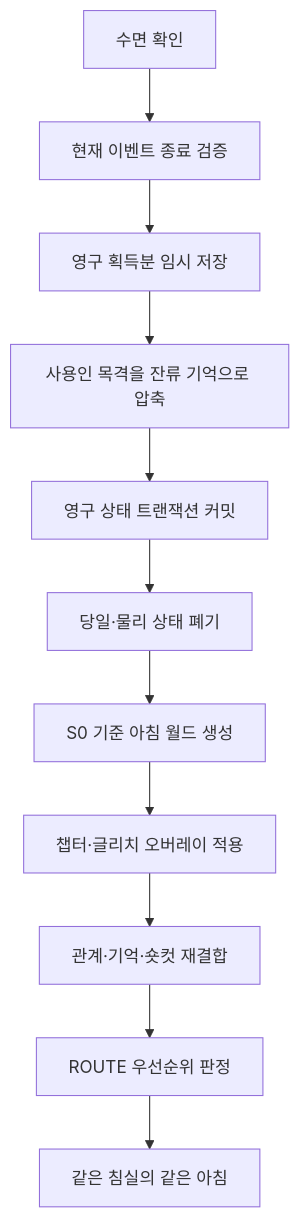
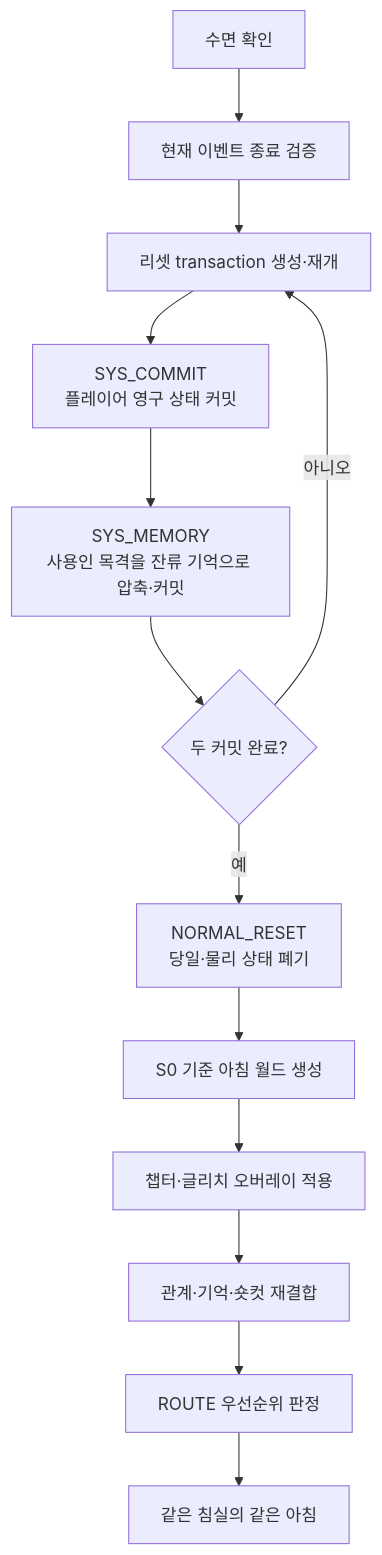
The second of 3 diagrams in ideas/md/v04/02_루프_관계_기억_색상서명시스템.md (devb-eru/ggb), drawn with Mermaid before and after one commit. The commit also changed other lines of this file and 13 other files, not shown here.

````diff
--- a/ideas/md/v04/02_루프_관계_기억_색상서명시스템.md
+++ b/ideas/md/v04/02_루프_관계_기억_색상서명시스템.md
@@ -230,13 +233,15 @@
 ```mermaid
 flowchart TD
     S["수면 확인"] --> R["현재 이벤트 종료 검증"]
-    R --> P["영구 획득분 임시 저장"]
-    P --> M["사용인 목격을 잔류 기억으로 압축"]
-    M --> C["영구 상태 트랜잭션 커밋"]
-    C --> X["당일·물리 상태 폐기"]
+    R --> T["리셋 transaction 생성·재개"]
+    T --> C["SYS_COMMIT<br/>플레이어 영구 상태 커밋"]
+    C --> M["SYS_MEMORY<br/>사용인 목격을 잔류 기억으로 압축·커밋"]
+    M --> V{"두 커밋 완료?"}
+    V -- "아니오" --> T
+    V -- "예" --> X["NORMAL_RESET<br/>당일·물리 상태 폐기"]
     X --> B["S0 기준 아침 월드 생성"]
     B --> O["챕터·글리치 오버레이 적용"]
     O --> L["관계·기억·숏컷 재결합"]
     L --> Q["ROUTE 우선순위 판정"]
     Q --> A["같은 침실의 같은 아침"]
 ```
````
